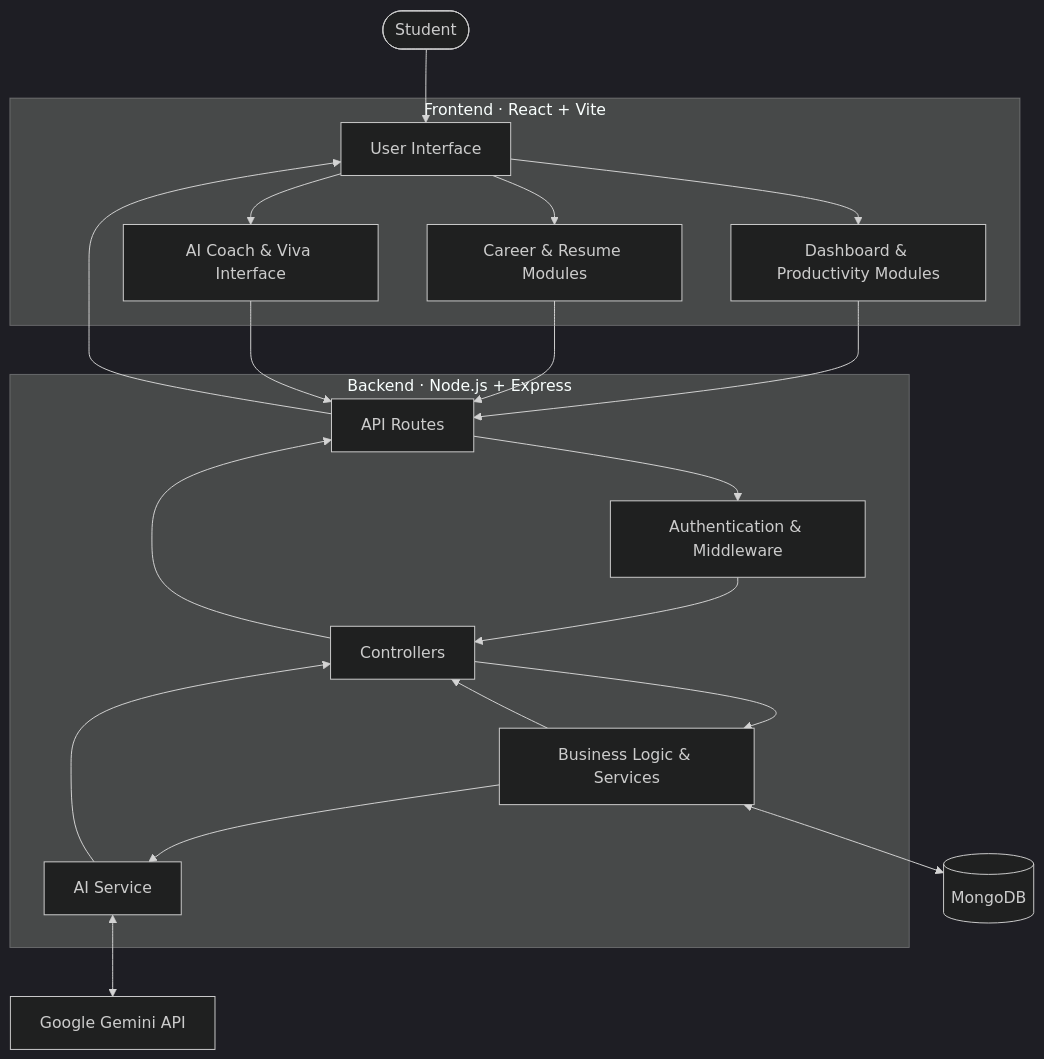
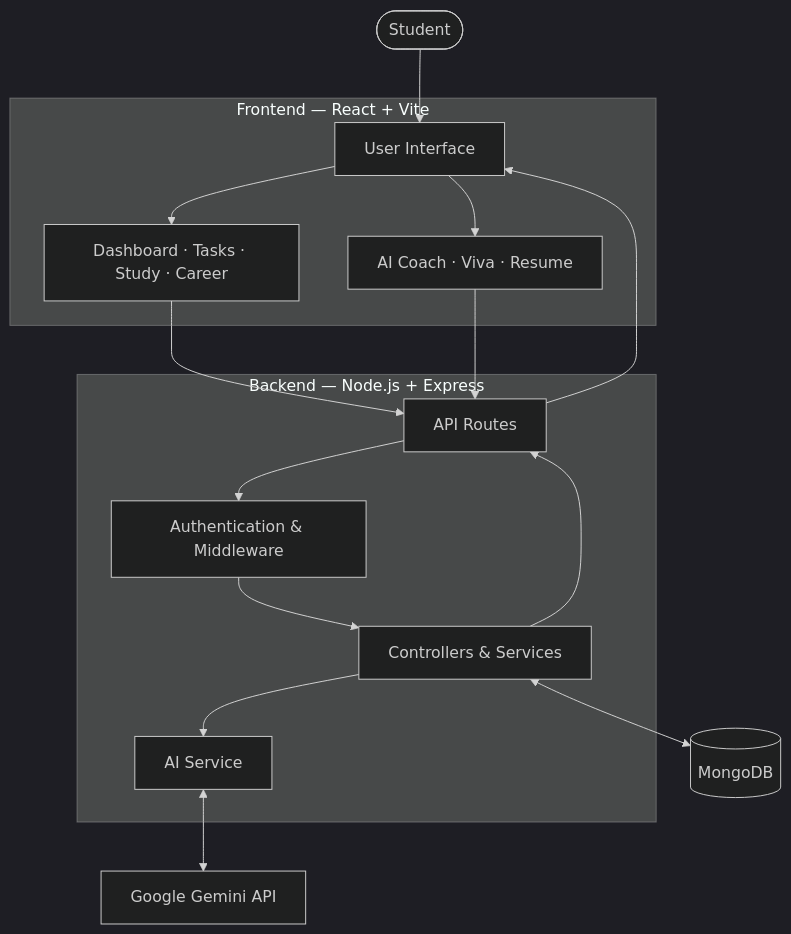
One commit to CodeX-Anurag/NEXORA- changed the first of 2 diagrams in README.md. Above: the diagram before and after it, drawn with Mermaid (dark theme). The commit also changed other lines of this file, not shown here.

````diff
--- a/README.md
+++ b/README.md
@@ -156,44 +59,32 @@
 ```mermaid
 flowchart TB
-    Student(["Student"])
+    U(["Student"])
 
-    subgraph Client["Frontend · React + Vite"]
+    subgraph FE["Frontend — React + Vite"]
         UI["User Interface"]
-        Dashboard["Dashboard & Productivity Modules"]
-        Career["Career & Resume Modules"]
-        AIChat["AI Coach & Viva Interface"]
+        MOD["Dashboard · Tasks · Study · Career"]
+        AIF["AI Coach · Viva · Resume"]
+        UI --> MOD
+        UI --> AIF
     end
 
-    subgraph Server["Backend · Node.js + Express"]
-        Routes["API Routes"]
-        Middleware["Authentication & Middleware"]
-        Controllers["Controllers"]
-        Services["Business Logic & Services"]
-        AIService["AI Service"]
+    subgraph BE["Backend — Node.js + Express"]
+        API["API Routes"]
+        AUTH["Authentication & Middleware"]
+        LOGIC["Controllers & Services"]
+        AI["AI Service"]
+        API --> AUTH --> LOGIC
+        LOGIC --> AI
     end
 
-    Database[("MongoDB")]
-    AIProvider["Google Gemini API"]
+    DB[("MongoDB")]
+    GEM["Google Gemini API"]
 
-    Student --> UI
-    UI --> Dashboard
-    UI --> Career
-    UI --> AIChat
-
-    Dashboard --> Routes
-    Career --> Routes
-    AIChat --> Routes
-
-    Routes --> Middleware
-    Middleware --> Controllers
-    Controllers --> Services
-
-    Services <--> Database
-    Services --> AIService
-    AIService <--> AIProvider
-
-    Services --> Controllers
-    AIService --> Controllers
-    Controllers --> Routes
-    Routes --> UI
+    U --> UI
+    MOD --> API
+    AIF --> API
+    LOGIC <--> DB
+    AI <--> GEM
+    LOGIC --> API
+    API --> UI
 ```
````
